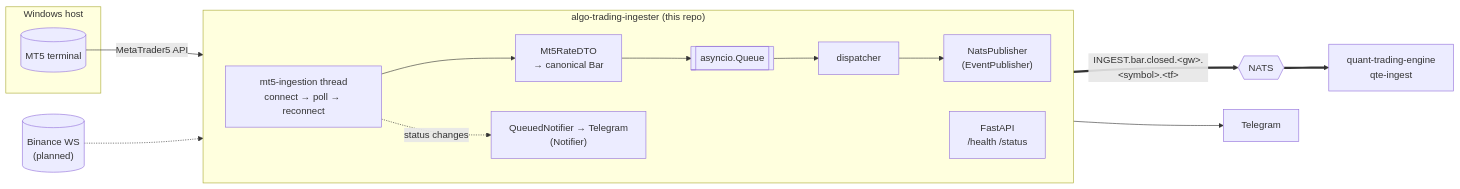
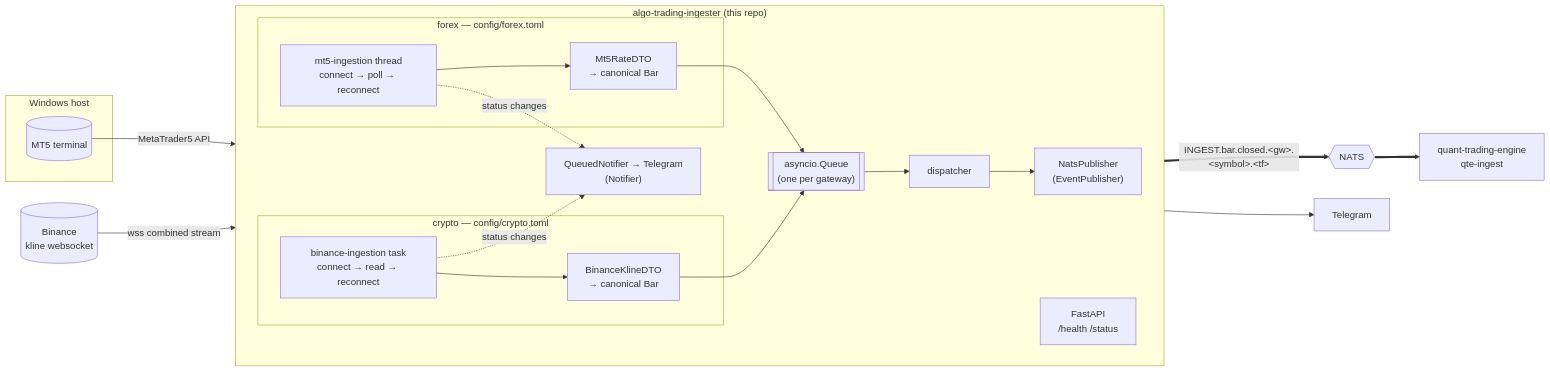
One commit to rockingrow/algo-trading-ingester changed the diagram in README.md. Above: the diagram before and after it, drawn with Mermaid. The commit also changed other lines of this file and 29 other files, not shown here.

````diff
--- a/README.md
+++ b/README.md
@@ -57,25 +78,37 @@
 ```mermaid
 flowchart LR
     subgraph win["Windows host"]
         MT5[("MT5 terminal")]
     end
+    BIN[("Binance<br/>kline websocket")]
 
     subgraph ing["algo-trading-ingester (this repo)"]
         direction LR
-        T["mt5-ingestion thread<br/>connect → poll → reconnect"]
-        DTO["Mt5RateDTO<br/>→ canonical Bar"]
-        Q[["asyncio.Queue"]]
+        subgraph fx["forex — config/forex.toml"]
+            T["mt5-ingestion thread<br/>connect → poll → reconnect"]
+            DTO["Mt5RateDTO<br/>→ canonical Bar"]
+            T --> DTO
+        end
+        subgraph cr["crypto — config/crypto.toml"]
+            W["binance-ingestion task<br/>connect → read → reconnect"]
+            KDTO["BinanceKlineDTO<br/>→ canonical Bar"]
+            W --> KDTO
+        end
+        Q[["asyncio.Queue<br/>(one per gateway)"]]
         D["dispatcher"]
         P["NatsPublisher<br/>(EventPublisher)"]
         N["QueuedNotifier → Telegram<br/>(Notifier)"]
         API["FastAPI<br/>/health /status"]
-        T --> DTO --> Q --> D --> P
+        DTO --> Q
+        KDTO --> Q
+        Q --> D --> P
         T -. status changes .-> N
+        W -. status changes .-> N
     end
 
-    BIN[("Binance WS<br/>(planned)")] -.-> ing
     MT5 -- "MetaTrader5 API" --> T
+    BIN -- "wss combined stream" --> W
     P == "INGEST.bar.closed.&lt;gw&gt;.&lt;symbol&gt;.&lt;tf&gt;" ==> NATS{{NATS}}
     NATS ==> QTE["quant-trading-engine<br/>qte-ingest"]
     N --> TG["Telegram"]
 ```
````
